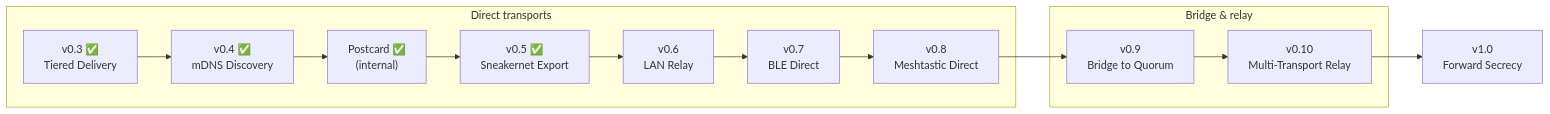
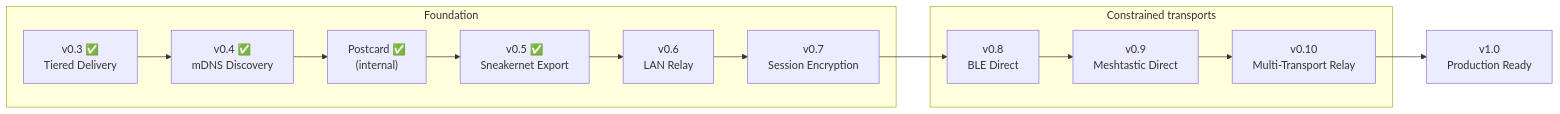
One commit to leon0399/ember changed the first of 3 diagrams in ROADMAP.md. Above: the diagram before and after it, drawn with Mermaid. The commit also changed other lines of this file and 2 other files, not shown here.

First line of the commit message:
docs: rescope roadmap — session encryption before constrained transports

````diff
--- a/ROADMAP.md
+++ b/ROADMAP.md
@@ -24,20 +24,20 @@
 ```mermaid
 flowchart LR
-    subgraph "Direct transports"
+    subgraph "Foundation"
         v03["v0.3 ✅<br/>Tiered Delivery"]
         v04["v0.4 ✅<br/>mDNS Discovery"]
         PC["Postcard ✅<br/>(internal)"]
         v05["v0.5 ✅<br/>Sneakernet Export"]
         v06["v0.6<br/>LAN Relay"]
-        v07["v0.7<br/>BLE Direct"]
-        v08["v0.8<br/>Meshtastic Direct"]
+        v07["v0.7<br/>Session Encryption"]
     end
 
-    subgraph "Bridge & relay"
-        v09["v0.9<br/>Bridge to Quorum"]
+    subgraph "Constrained transports"
+        v08["v0.8<br/>BLE Direct"]
+        v09["v0.9<br/>Meshtastic Direct"]
         v010["v0.10<br/>Multi-Transport Relay"]
     end
 
-    v10["v1.0<br/>Forward Secrecy"]
+    v10["v1.0<br/>Production Ready"]
     v03 --> v04 --> PC --> v05 --> v06 --> v07 --> v08 --> v09 --> v010 --> v10
 ```
````
